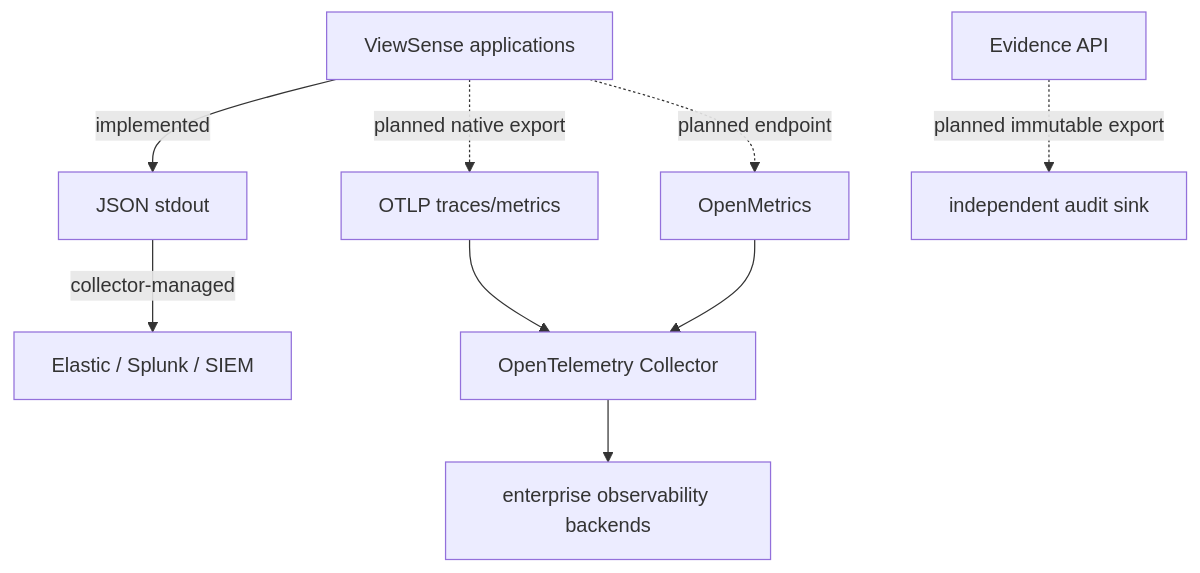
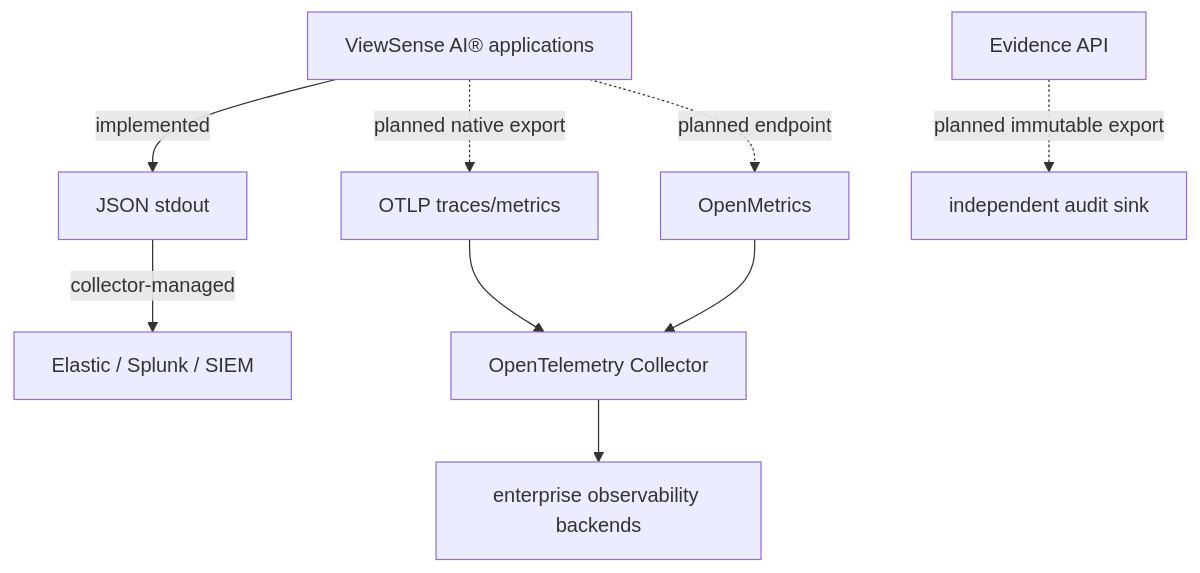
One commit to diaryfolio/aiops-fabric changed the second of 2 diagrams in docs/design/high-level/60-enterprise/01-enterprise-integration-controls.md. Above: the diagram before and after it, drawn with Mermaid. The commit also changed other lines of this file and 83 other files, not shown here.

````diff
--- a/docs/design/high-level/60-enterprise/01-enterprise-integration-controls.md
+++ b/docs/design/high-level/60-enterprise/01-enterprise-integration-controls.md
@@ -99,11 +99,11 @@
 ```mermaid
 flowchart TB
-    Apps["ViewSense applications"] -->|"implemented"| Stdout["JSON stdout"]
+    Apps["ViewSense AI® applications"] -->|"implemented"| Stdout["JSON stdout"]
     Stdout -->|"collector-managed"| Logs["Elastic / Splunk / SIEM"]
     Apps -. "planned native export" .-> OTLP["OTLP traces/metrics"]
     Apps -. "planned endpoint" .-> Prom["OpenMetrics"]
     OTLP --> Collector["OpenTelemetry Collector"]
     Prom --> Collector
     Collector --> Backends["enterprise observability backends"]
     Governance["Evidence API"] -. "planned immutable export" .-> Audit["independent audit sink"]
 ```
````
